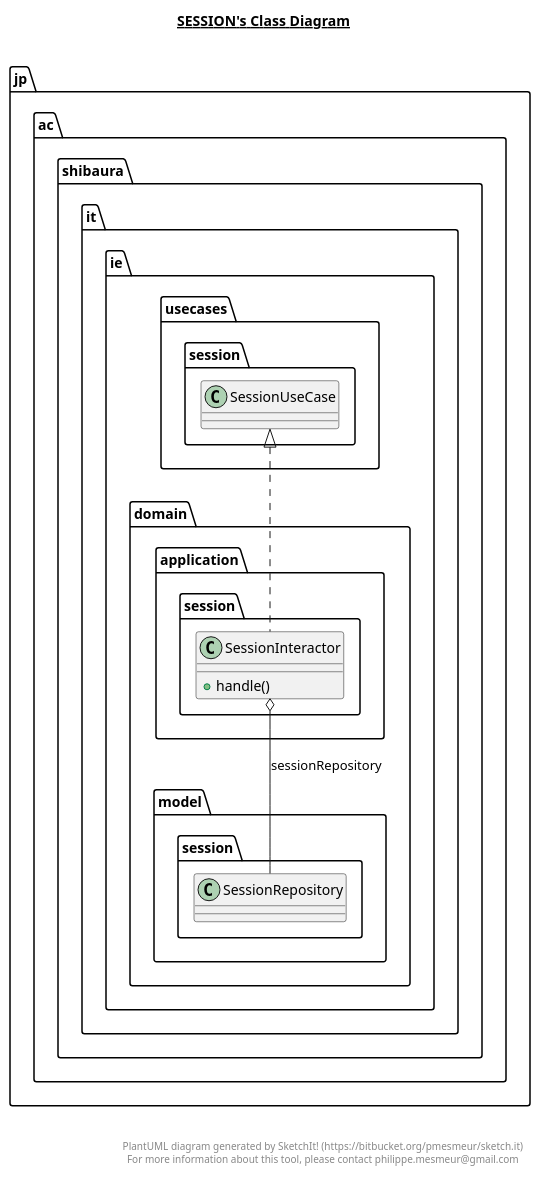
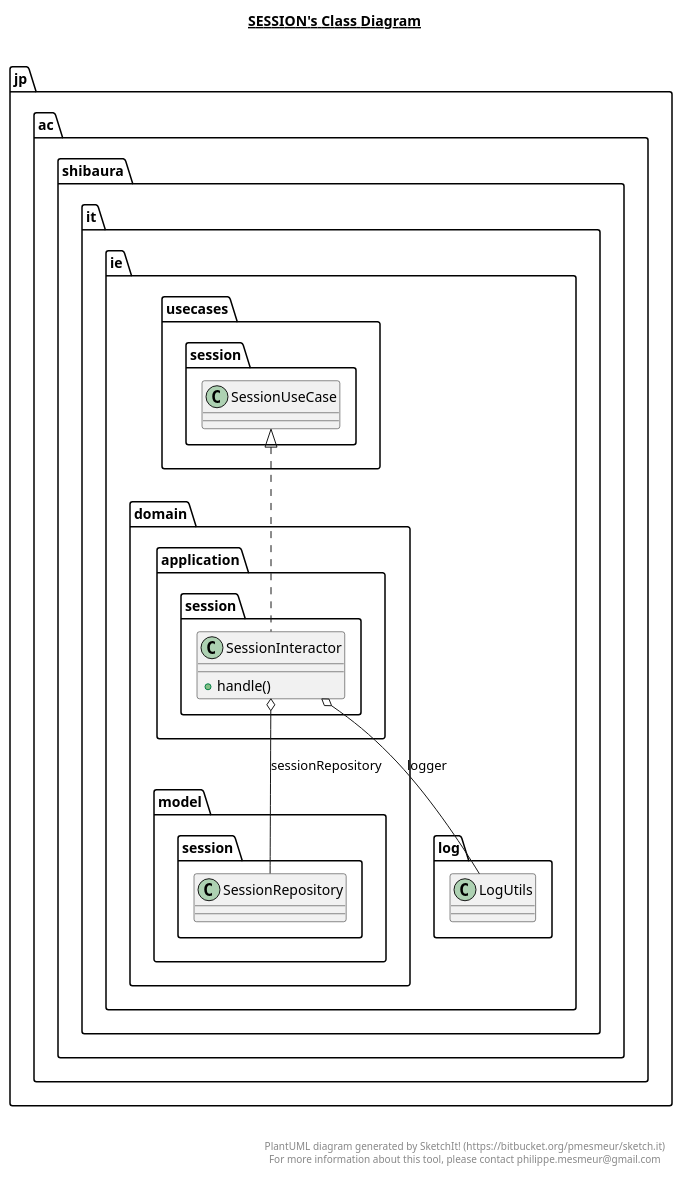
One commit to THEToilet/chatLobbyServer changed the diagram in src/jp/ac/shibaura/it/ie/domain/application/session/session.plantuml. Above: the diagram before and after it, drawn with PlantUML. The commit also changed 74 other files, not shown here.

```diff
--- a/src/jp/ac/shibaura/it/ie/domain/application/session/session.plantuml
+++ b/src/jp/ac/shibaura/it/ie/domain/application/session/session.plantuml
@@ -1,25 +1,26 @@
 @startuml
 
 title __SESSION's Class Diagram__\n
 
   namespace jp.ac.shibaura.it.ie {
     namespace domain.application.session {
       class jp.ac.shibaura.it.ie.domain.application.session.SessionInteractor {
           + handle()
       }
     }
   }
   
 
   jp.ac.shibaura.it.ie.domain.application.session.SessionInteractor .up.|> jp.ac.shibaura.it.ie.usecases.session.SessionUseCase
+  jp.ac.shibaura.it.ie.domain.application.session.SessionInteractor o-- jp.ac.shibaura.it.ie.log.LogUtils : logger
   jp.ac.shibaura.it.ie.domain.application.session.SessionInteractor o-- jp.ac.shibaura.it.ie.domain.model.session.SessionRepository : sessionRepository
 
 
 right footer
 
 
 PlantUML diagram generated by SketchIt! (https://bitbucket.org/pmesmeur/sketch.it)
 For more information about this tool, please contact philippe.mesmeur@gmail.com
 endfooter
 
 @enduml
```
